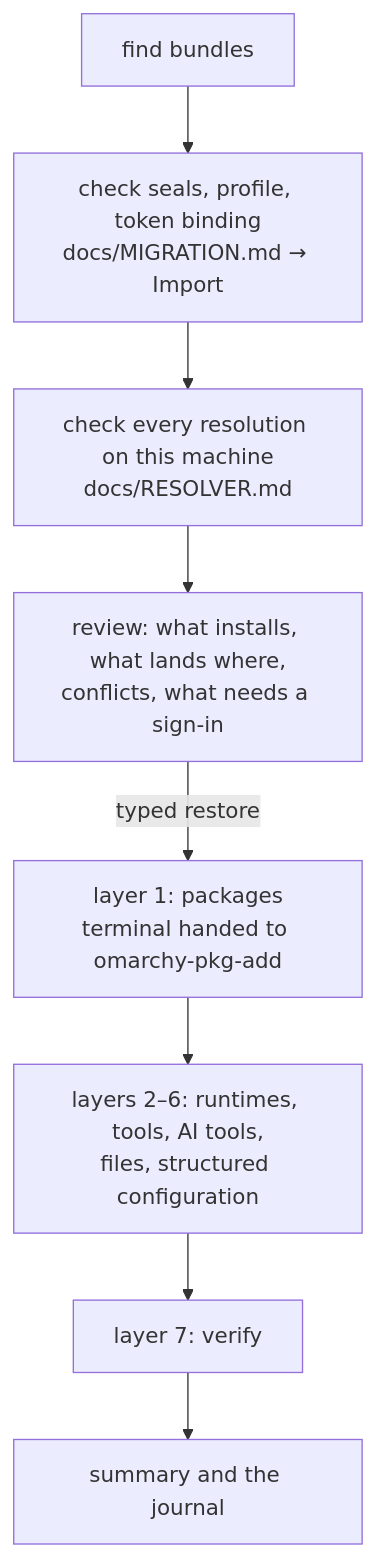
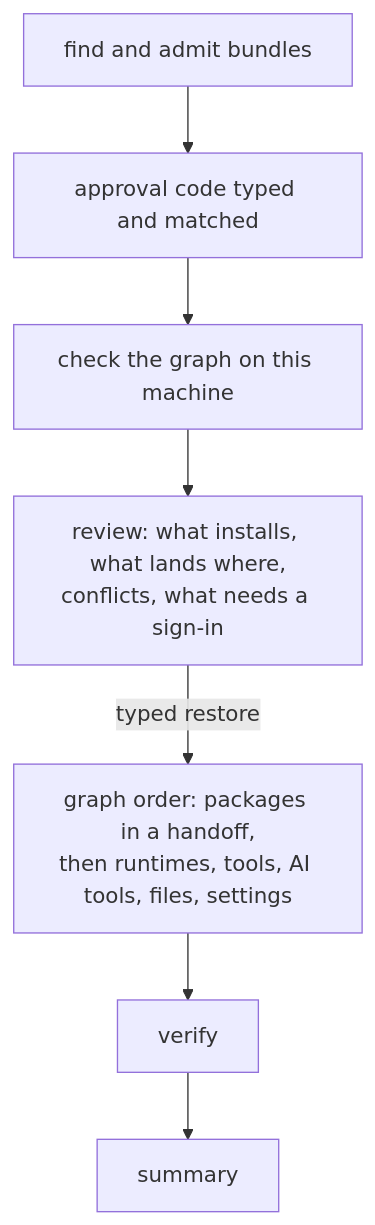
The diagram in docs/RESTORE.md (scalinity/omarchy-mac-bootstrap), drawn with Mermaid before and after one commit. The commit also changed other lines of this file and 1 other file, not shown here.

First line of the commit message:
docs: define recoverable restore and rescue contracts

````diff
--- a/docs/RESTORE.md
+++ b/docs/RESTORE.md
@@ -26,10 +30,9 @@
 ```mermaid
 flowchart TD
-    F[find bundles] --> C[check seals, profile, token binding<br/>docs/MIGRATION.md → Import]
-    C --> R[check every resolution on this machine<br/>docs/RESOLVER.md]
+    F[find and admit bundles] --> A[approval code typed and matched]
+    A --> R[check the graph on this machine]
     R --> V[review: what installs, what lands where,<br/>conflicts, what needs a sign-in]
-    V -->|typed restore| L1[layer 1: packages<br/>terminal handed to omarchy-pkg-add]
-    L1 --> L2[layers 2–6: runtimes, tools, AI tools,<br/>files, structured configuration]
-    L2 --> L7[layer 7: verify]
-    L7 --> S[summary and the journal]
+    V -->|typed restore| G[graph order: packages in a handoff,<br/>then runtimes, tools, AI tools, files, settings]
+    G --> Y[verify]
+    Y --> S[summary]
 ```
````
